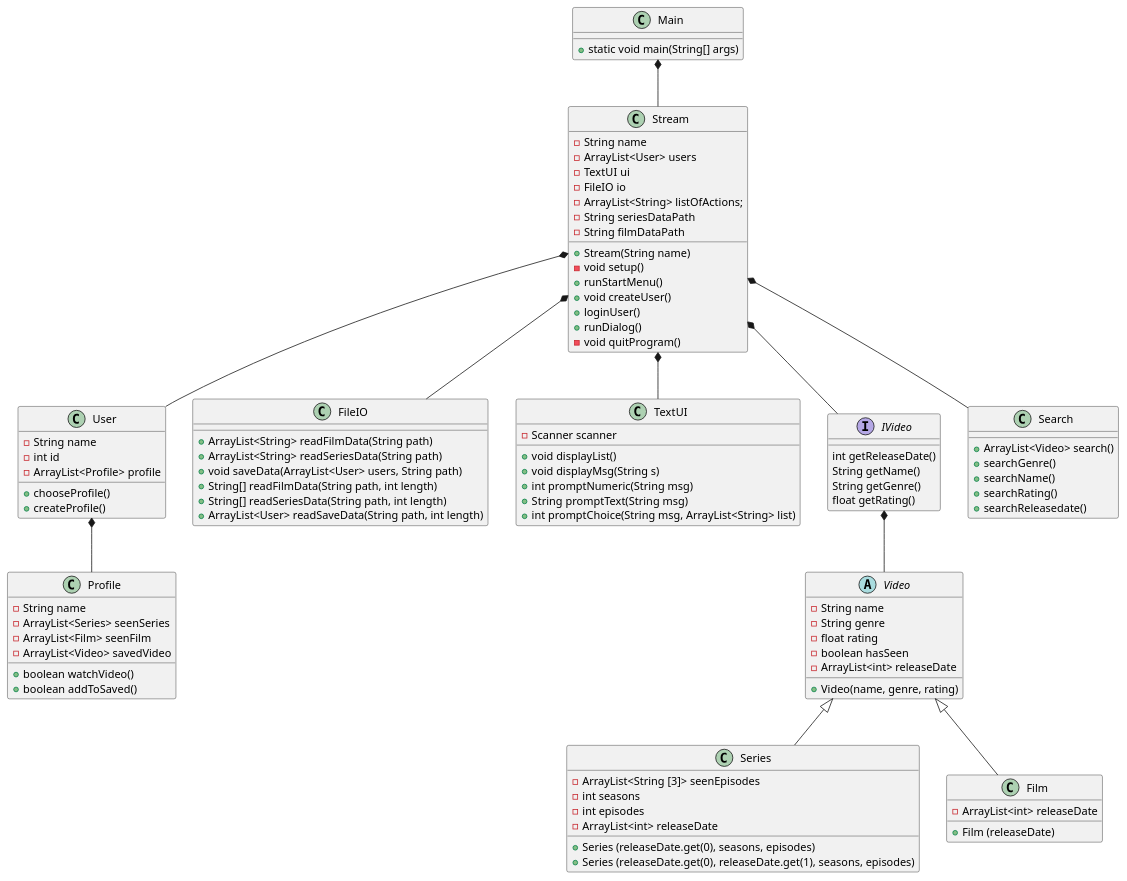
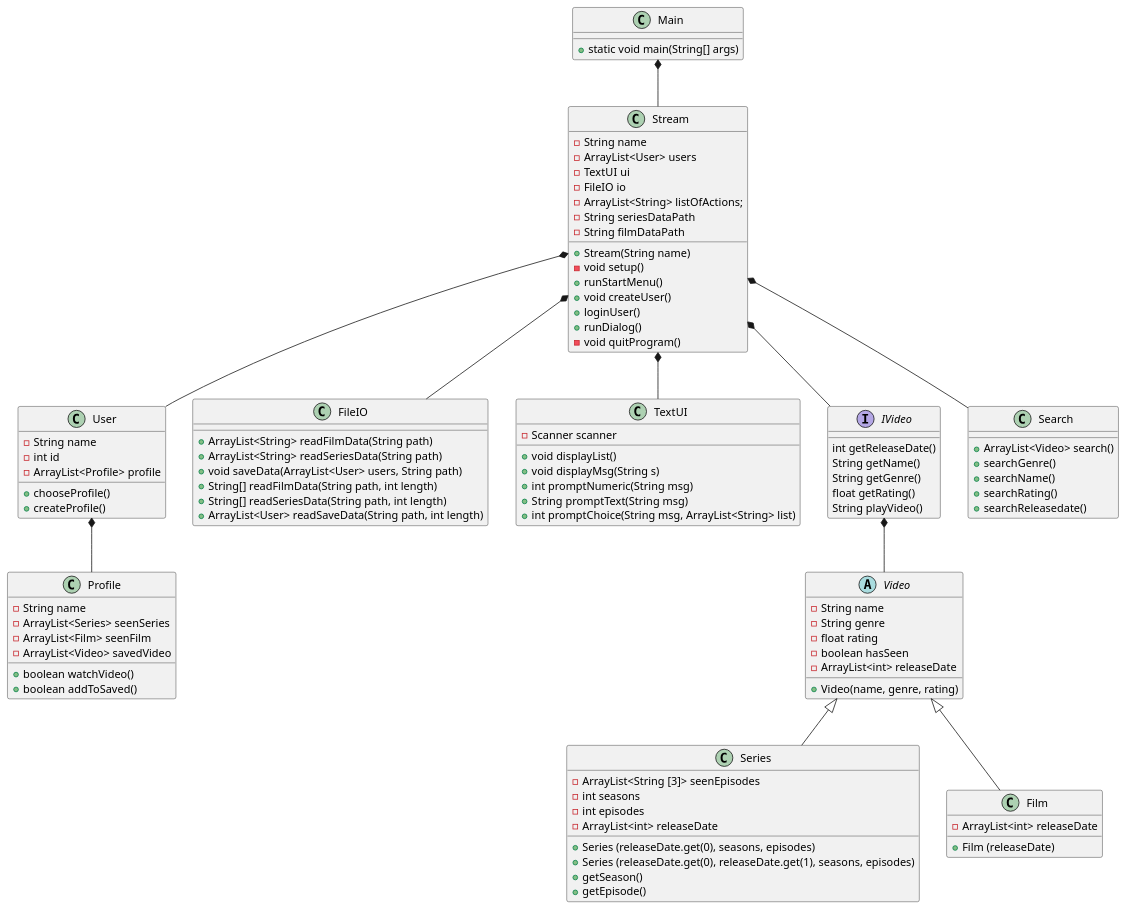
Before and after one commit to Gervig/SP3-Gruppe-C: the diagram in doc/Plan/static/classdiagram.puml, drawn with PlantUML. The commit also changed 4 other files, not shown here.

Commit message:
getEpisode

```diff
--- a/doc/Plan/static/classdiagram.puml
+++ b/doc/Plan/static/classdiagram.puml
@@ -1,133 +1,136 @@
 @startuml
 'https://plantuml.com/class-diagram
 
 class Main{
 + static void main(String[] args)
 }
 
 class Stream{
 - String name
 'utilities
 - ArrayList<User> users
 - TextUI ui
 - FileIO io
 - ArrayList<String> listOfActions;
 - String seriesDataPath
 - String filmDataPath
 'constructor
 + Stream(String name)
 'methods
 - void setup()
 ' setup er til er at læse data
 + runStartMenu()
 + void createUser()
 ' skal createUser være void? Det er den i matador
 ' createUser skal vel checke om der er andre med det brugernavn
 + loginUser()
 ' skal loginUser være void?
 ' den skal vel checke om der er en user med det username
 + runDialog()
 ' i runDialog kan man vælge at søge
 - void quitProgram()
 }
 
 
 class User{
 -String name
 - int id
 -ArrayList<Profile> profile
 + chooseProfile()
 + createProfile()
 ' skal den checke om den user har en profil med det brugernavn?
 }
 
 class Profile{
 - String name
 - ArrayList<Series> seenSeries
 - ArrayList<Film> seenFilm
 - ArrayList<Video> savedVideo
 + boolean watchVideo()
 + boolean addToSaved()
 'bør disse være under IVideo eller video i stedet?
 
 }
 class FileIO{
 + ArrayList<String> readFilmData(String path)
 + ArrayList<String> readSeriesData(String path)
 + void saveData(ArrayList<User> users, String path)
 + String[] readFilmData(String path, int length)
 + String[] readSeriesData(String path, int length)
 + ArrayList<User> readSaveData(String path, int length)
 }
 
 class TextUI{
 - Scanner scanner
 + void displayList()
 + void displayMsg(String s)
 + int promptNumeric(String msg)
 + String promptText(String msg)
 + int promptChoice(String msg, ArrayList<String> list)
 }
 
 interface IVideo {
 int getReleaseDate()
 String getName()
 String getGenre()
 float getRating()
+String playVideo()
 }
 
 abstract Class Video{
 - String name
 - String genre
 - float rating
 - boolean hasSeen
 - ArrayList<int> releaseDate
 'constructor
 + Video(name, genre, rating)
 }
 
 class Series{
 - ArrayList<String [3]> seenEpisodes
 - int seasons
 - int episodes
 - ArrayList<int> releaseDate
 'constructor - hvis serien ikke er slut
 + Series (releaseDate.get(0), seasons, episodes)
 'constructor - hvis serien er afsluttet
 + Series (releaseDate.get(0), releaseDate.get(1), seasons, episodes)
++ getSeason()
++ getEpisode()
 }
 
 class Film {
 - ArrayList<int> releaseDate
 'constructor
 + Film (releaseDate)
 }
 
 
 class Search{
 + ArrayList<Video> search()
 'methods til de forskellige søgemuligheder
 ' Skal disse returnere objekterne fra video?
 + searchGenre()
 + searchName()
 + searchRating()
 + searchReleasedate()
 'skal vi have funktioner der kun søger blandt serier og film adskilt?
 }
 
 IVideo *-- Video
 
 Video <|-- Series
 Video <|-- Film
 
 User *-- Profile
 
 Main *-- Stream
 
 Stream *-- User
 Stream *-- FileIO
 Stream *-- TextUI
 Stream *-- IVideo
 Stream *-- Search
 
 @enduml
```
